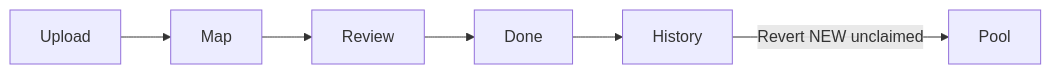
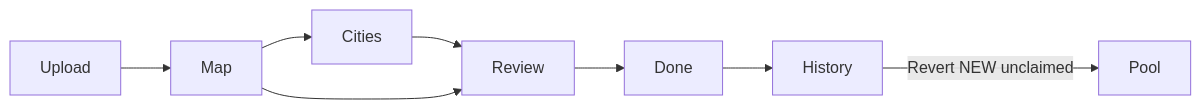
Before and after one commit to kapil733/Lead-Management: the second of 5 diagrams in docs/FLOWS.md, drawn with Mermaid. The commit also changed other lines of this file and 15 other files, not shown here.

````diff
--- a/docs/FLOWS.md
+++ b/docs/FLOWS.md
@@ -94,6 +94,7 @@
 ```mermaid
 flowchart LR
-  Upload --> Map --> Review --> Done
+  Upload --> Map --> Cities --> Review --> Done
+  Map --> Review
   Done --> History
   History -->|Revert NEW unclaimed| Pool
 ```
````
